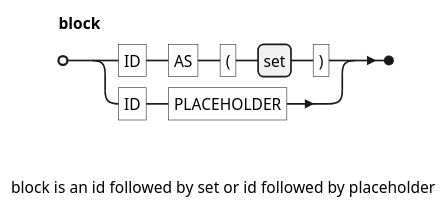
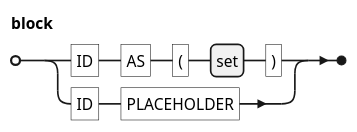
One commit to koryki-java/core changed the diagram in docs/kql/block.plantuml. Above: the diagram before and after it, drawn with PlantUML. The commit also changed 6 other files, not shown here.

```diff
--- a/docs/kql/block.plantuml
+++ b/docs/kql/block.plantuml
@@ -1,16 +1,12 @@
 @startebnf
 ' border and background
 skinparam legendBorderColor transparent
 skinparam legendBackgroundColor white
 
 'title block
 
 block = "ID", "AS", "(", set, ")"
   | "ID", "PLACEHOLDER"
 ;
 
-legend bottom
-
-block is an id followed by set or id followed by placeholder
-end legend
 @endebnf
```
